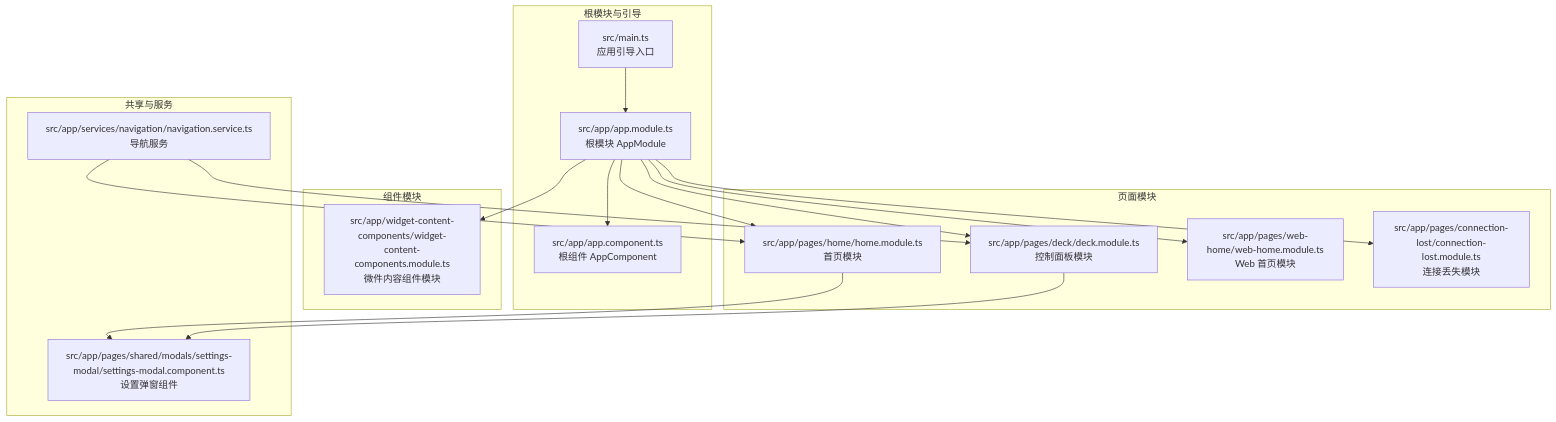
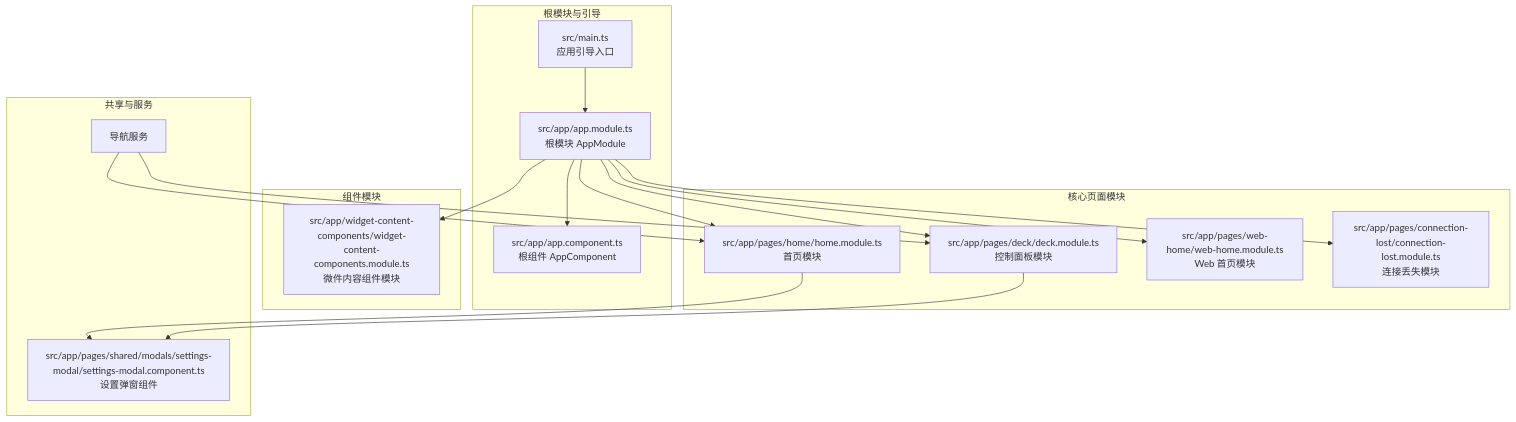
One commit to dingxyang/Macro-Deck-Client-App changed the first of 4 diagrams in .qoder/repowiki/zh/content/架构设计/模块化设计/模块化设计.md. Above: the diagram before and after it, drawn with Mermaid. The commit also changed other lines of this file and 47 other files, not shown here.

````diff
--- a/.qoder/repowiki/zh/content/架构设计/模块化设计/模块化设计.md
+++ b/.qoder/repowiki/zh/content/架构设计/模块化设计/模块化设计.md
@@ -44,32 +48,32 @@
 ```mermaid
 graph TB
 subgraph "根模块与引导"
 main_ts["src/main.ts<br/>应用引导入口"]
 app_module["src/app/app.module.ts<br/>根模块 AppModule"]
 app_component["src/app/app.component.ts<br/>根组件 AppComponent"]
 end
-subgraph "页面模块"
+subgraph "核心页面模块"
 home_module["src/app/pages/home/home.module.ts<br/>首页模块"]
 deck_module["src/app/pages/deck/deck.module.ts<br/>控制面板模块"]
 web_home_module["src/app/pages/web-home/web-home.module.ts<br/>Web 首页模块"]
 conn_lost_module["src/app/pages/connection-lost/connection-lost.module.ts<br/>连接丢失模块"]
 end
 subgraph "组件模块"
 widget_components_module["src/app/widget-content-components/widget-content-components.module.ts<br/>微件内容组件模块"]
 end
 subgraph "共享与服务"
-nav_service["src/app/services/navigation/navigation.service.ts<br/>导航服务"]
 settings_modal["src/app/pages/shared/modals/settings-modal/settings-modal.component.ts<br/>设置弹窗组件"]
+nav_service["导航服务"]
 end
 main_ts --> app_module
 app_module --> app_component
 app_module --> home_module
 app_module --> deck_module
 app_module --> web_home_module
 app_module --> conn_lost_module
 app_module --> widget_components_module
 home_module --> settings_modal
 deck_module --> settings_modal
 nav_service --> deck_module
 nav_service --> home_module
 ```
````
